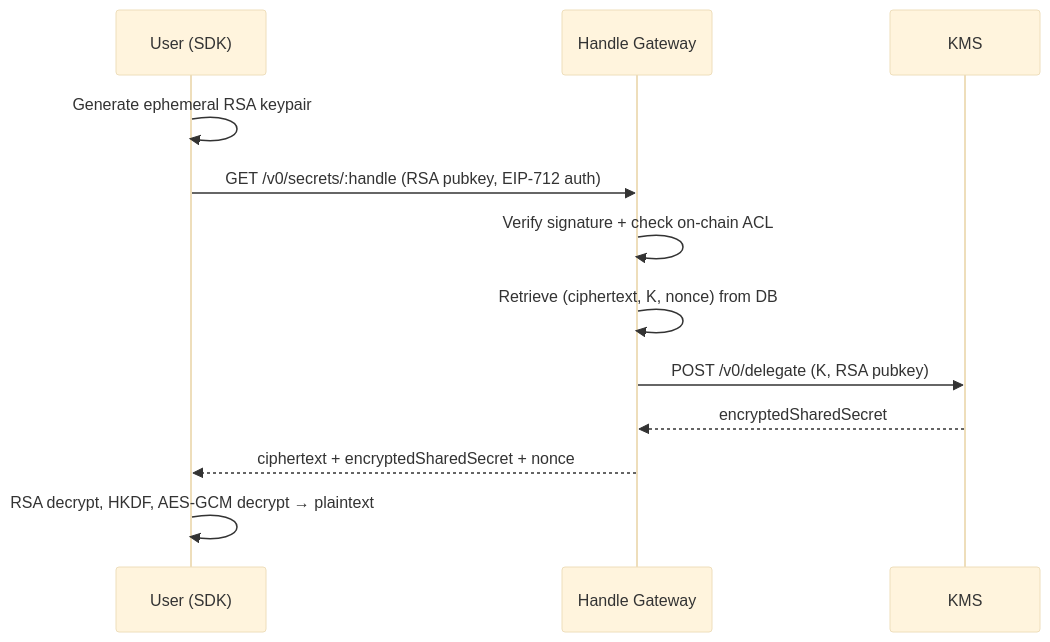
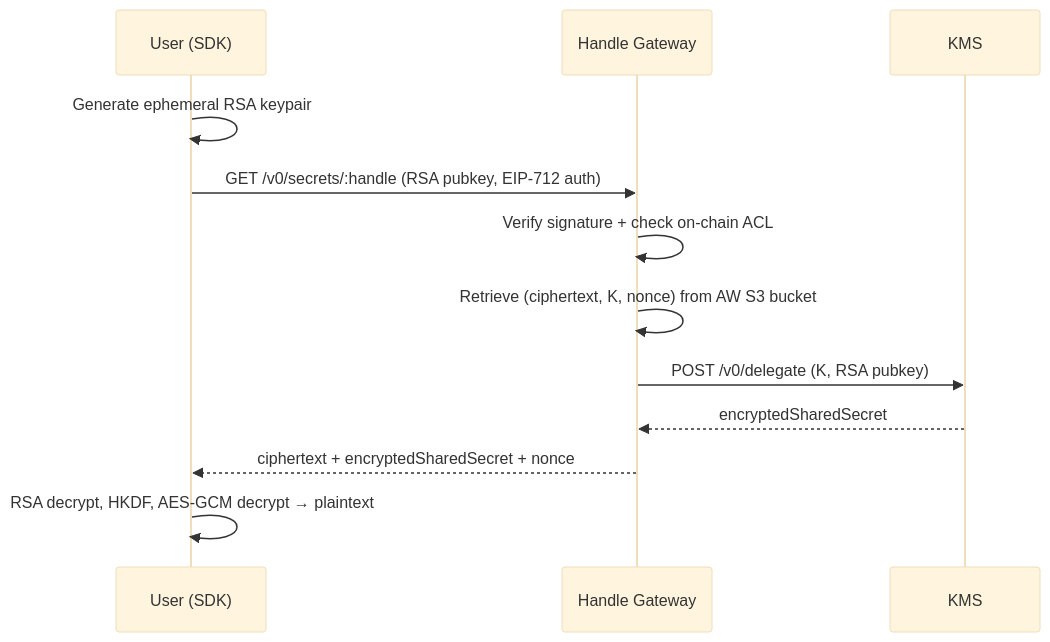
The third of 3 diagrams in src/protocol/handle-gateway.md (iExec-Nox/documentation), drawn with Mermaid (base theme) before and after one commit. The commit also changed other lines of this file, not shown here.

Commit message:
docs: improve mermaid diagrams in protocol/handle-gateway.md

````diff
--- a/src/protocol/handle-gateway.md
+++ b/src/protocol/handle-gateway.md
@@ -58,15 +58,15 @@
 ```mermaid
 sequenceDiagram
     participant U as User (SDK)
     participant GW as Handle Gateway
     participant KMS
 
     U->>U: Generate ephemeral RSA keypair
     U->>GW: GET /v0/secrets/:handle (RSA pubkey, EIP-712 auth)
     GW->>GW: Verify signature + check on-chain ACL
-    GW->>GW: Retrieve (ciphertext, K, nonce) from DB
+    GW->>GW: Retrieve (ciphertext, K, nonce) from AW S3 bucket
     GW->>KMS: POST /v0/delegate (K, RSA pubkey)
     KMS-->>GW: encryptedSharedSecret
     GW-->>U: ciphertext + encryptedSharedSecret + nonce
     U->>U: RSA decrypt, HKDF, AES-GCM decrypt → plaintext
 ```
````
